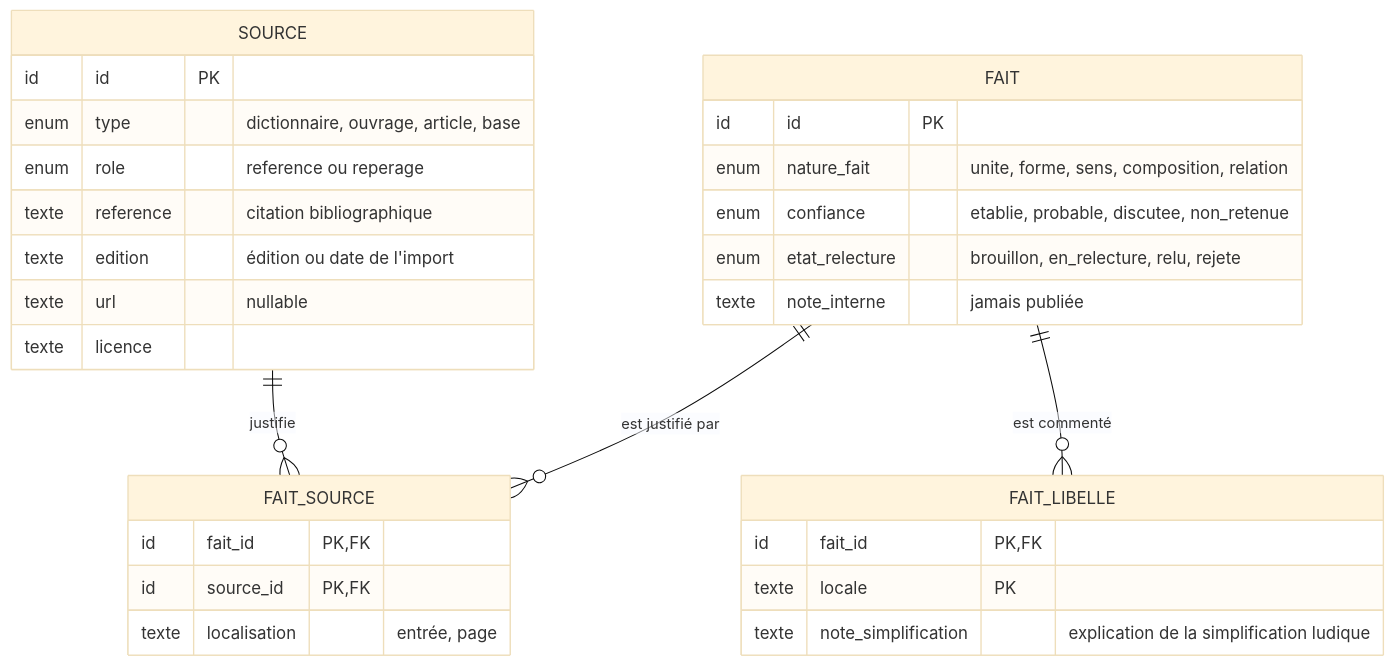
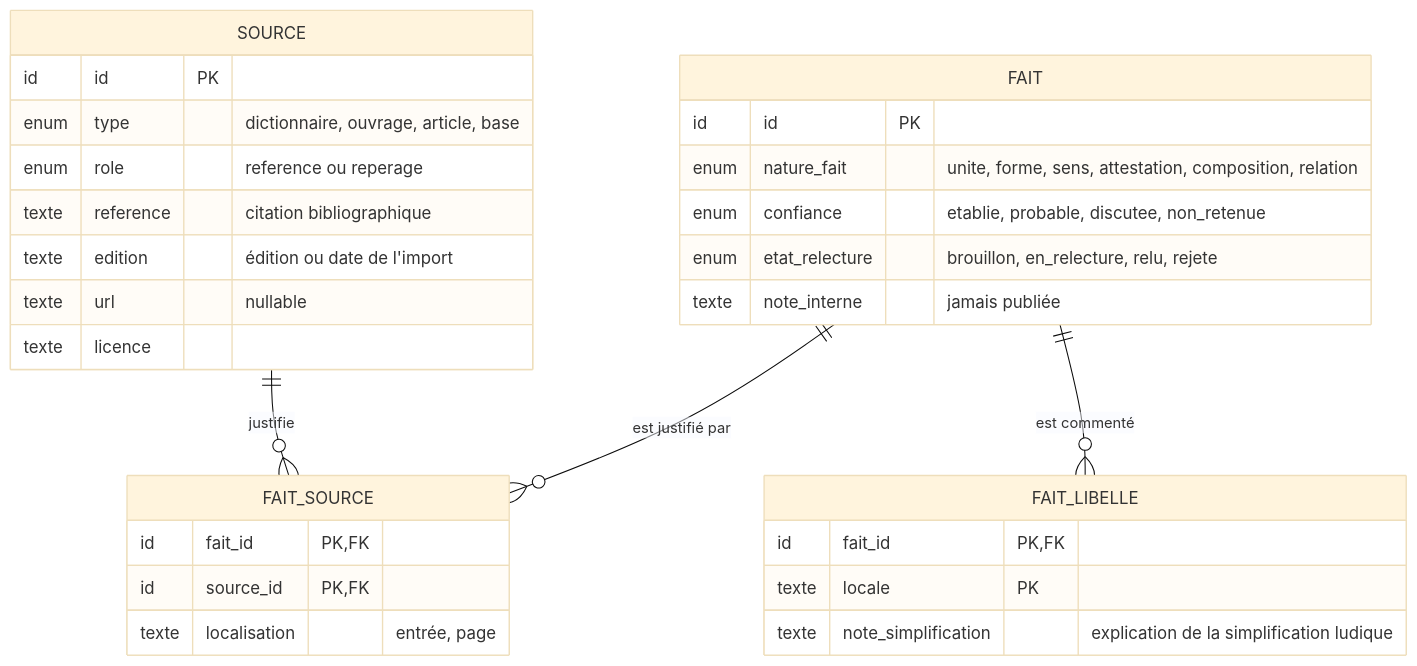
The fifth of 8 diagrams in docs/modele-donnees.md (EtymoLogique/Design), drawn with Mermaid (base theme) before and after one commit. The commit also changed other lines of this file and 6 other files, not shown here.

````diff
--- a/docs/modele-donnees.md
+++ b/docs/modele-donnees.md
@@ -259,33 +269,33 @@
 ```mermaid
 erDiagram
     FAIT ||--o{ FAIT_SOURCE : "est justifié par"
     SOURCE ||--o{ FAIT_SOURCE : "justifie"
     FAIT ||--o{ FAIT_LIBELLE : "est commenté"
 
     FAIT {
         id id PK
-        enum nature_fait "unite, forme, sens, composition, relation"
+        enum nature_fait "unite, forme, sens, attestation, composition, relation"
         enum confiance "etablie, probable, discutee, non_retenue"
         enum etat_relecture "brouillon, en_relecture, relu, rejete"
         texte note_interne "jamais publiée"
     }
     FAIT_LIBELLE {
         id fait_id PK, FK
         texte locale PK
         texte note_simplification "explication de la simplification ludique"
     }
     SOURCE {
         id id PK
         enum type "dictionnaire, ouvrage, article, base"
         enum role "reference ou reperage"
         texte reference "citation bibliographique"
         texte edition "édition ou date de l'import"
         texte url "nullable"
         texte licence
     }
     FAIT_SOURCE {
         id fait_id PK, FK
         id source_id PK, FK
         texte localisation "entrée, page"
     }
 ```
````
